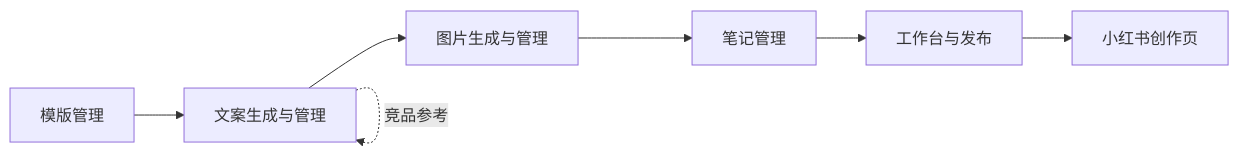
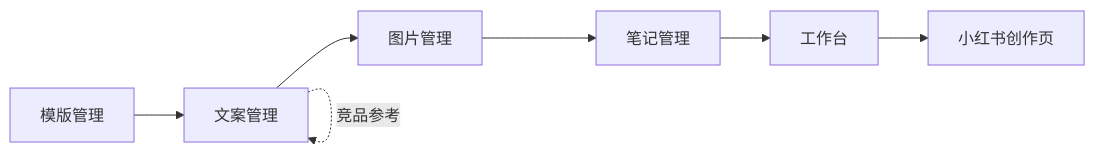
One commit to Pancakeze/xiaohongshu-ops changed the diagram in README.md. Above: the diagram before and after it, drawn with Mermaid. The commit also changed other lines of this file and 19 other files, not shown here.

````diff
--- a/README.md
+++ b/README.md
@@ -19,9 +40,9 @@
 ```mermaid
 flowchart LR
-  T[模版管理] --> C[文案生成与管理]
-  C --> I[图片生成与管理]
+  T[模版管理] --> C[文案管理]
+  C --> I[图片管理]
   I --> N[笔记管理]
-  N --> W[工作台与发布]
+  N --> W[工作台]
   W --> P[小红书创作页]
   C -.竞品参考.-> C
 ```
````
